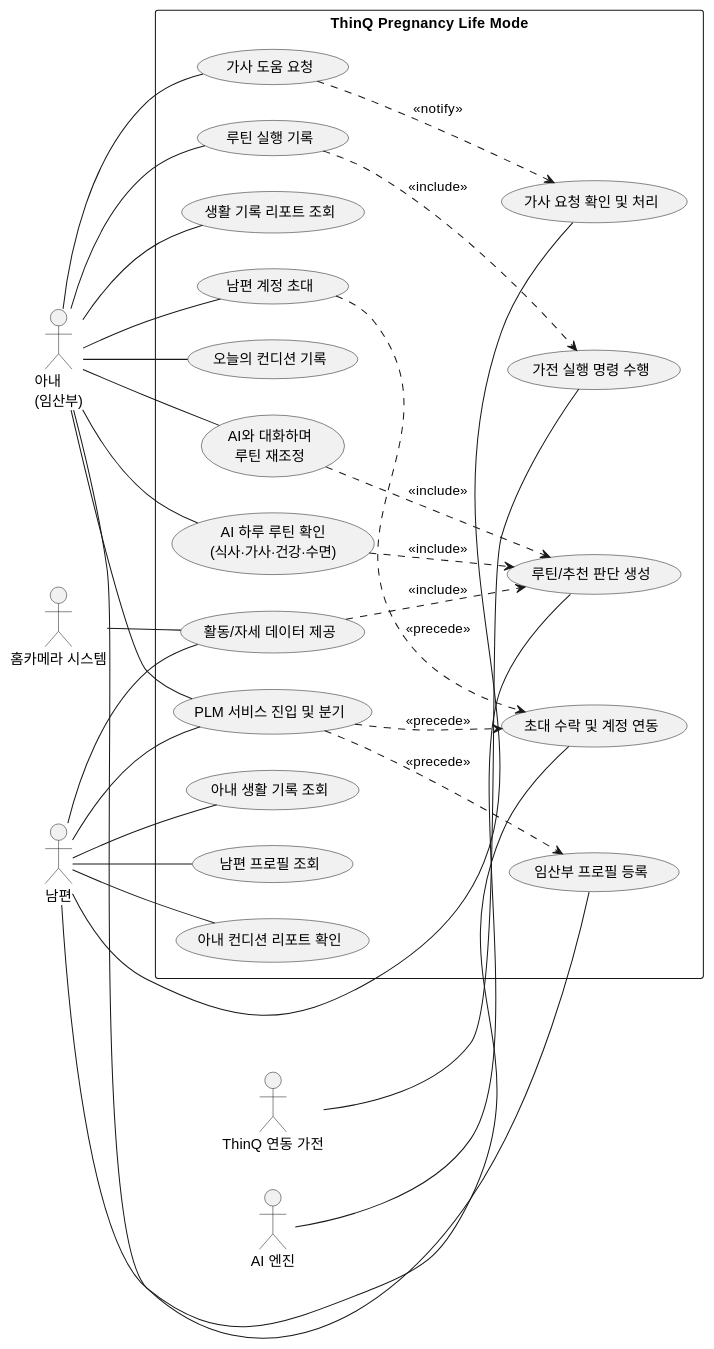
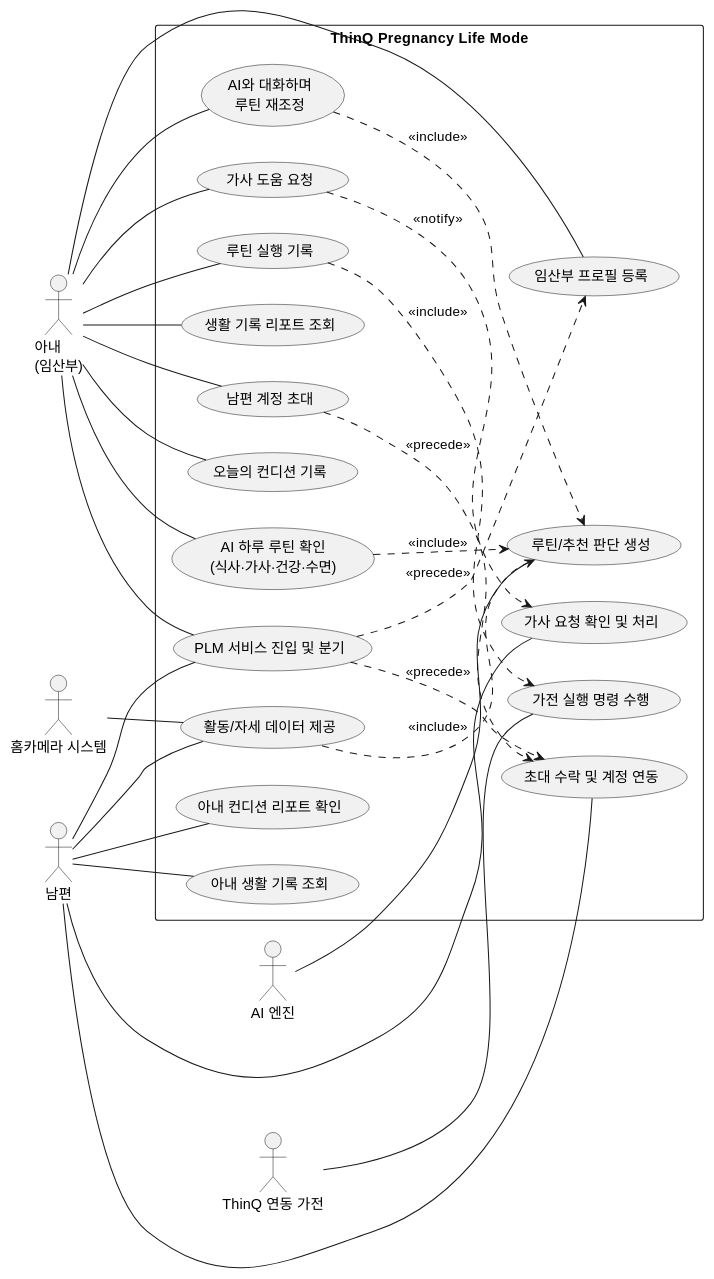
Before and after one commit to lgdxDORAEMI/PLM: the diagram in docs/requirements/02_유스케이스다이어그램.md, drawn with PlantUML. The commit also changed 15 other files, not shown here.

````diff
--- a/docs/requirements/02_유스케이스다이어그램.md
+++ b/docs/requirements/02_유스케이스다이어그램.md
@@ -57,68 +57,66 @@
 ```plantuml
 @startuml ThinQ_Pregnancy_Life_Mode_UseCase
 
 left to right direction
 skinparam packageStyle rectangle
 
 actor "아내\n(임산부)" as Wife
 actor "남편" as Husband
 actor "AI 엔진" as AIEngine
 actor "ThinQ 연동 가전" as Appliance
 actor "홈카메라 시스템" as Camera
 
 rectangle "ThinQ Pregnancy Life Mode" {
   usecase "PLM 서비스 진입 및 분기" as UC17
   usecase "임산부 프로필 등록" as UC1
   usecase "오늘의 컨디션 기록" as UC2
   usecase "AI 하루 루틴 확인\n(식사·가사·건강·수면)" as UC3
   usecase "AI와 대화하며\n루틴 재조정" as UC4
   usecase "가사 도움 요청" as UC5
   usecase "루틴 실행 기록" as UC6
   usecase "생활 기록 리포트 조회" as UC7
 
   usecase "아내 컨디션 리포트 확인" as UC8
   usecase "가사 요청 확인 및 처리" as UC9
   usecase "아내 생활 기록 조회" as UC10
 
   usecase "루틴/추천 판단 생성" as UC11
   usecase "가전 실행 명령 수행" as UC12
   usecase "활동/자세 데이터 제공" as UC13
 
-  usecase "남편 프로필 조회" as UC14
   usecase "남편 계정 초대" as UC15
   usecase "초대 수락 및 계정 연동" as UC16
 }
 
 Wife -- UC17
 Wife -- UC1
 Wife -- UC2
 Wife -- UC3
 Wife -- UC4
 Wife -- UC5
 Wife -- UC6
 Wife -- UC7
 Wife -- UC15
 
 Husband -- UC17
 Husband -- UC8
 Husband -- UC9
 Husband -- UC10
 Husband -- UC13
-Husband -- UC14
 Husband -- UC16
 
 AIEngine -- UC11
 Appliance -- UC12
 Camera -- UC13
 
 UC5 ..> UC9 : <<notify>>
 UC6 ..> UC12 : <<include>>
 UC13 ..> UC11 : <<include>>
 UC3 ..> UC11 : <<include>>
 UC4 ..> UC11 : <<include>>
 UC15 ..> UC16 : <<precede>>
 UC17 ..> UC1 : <<precede>>
 UC17 ..> UC16 : <<precede>>
 
 @enduml
 ```
````
